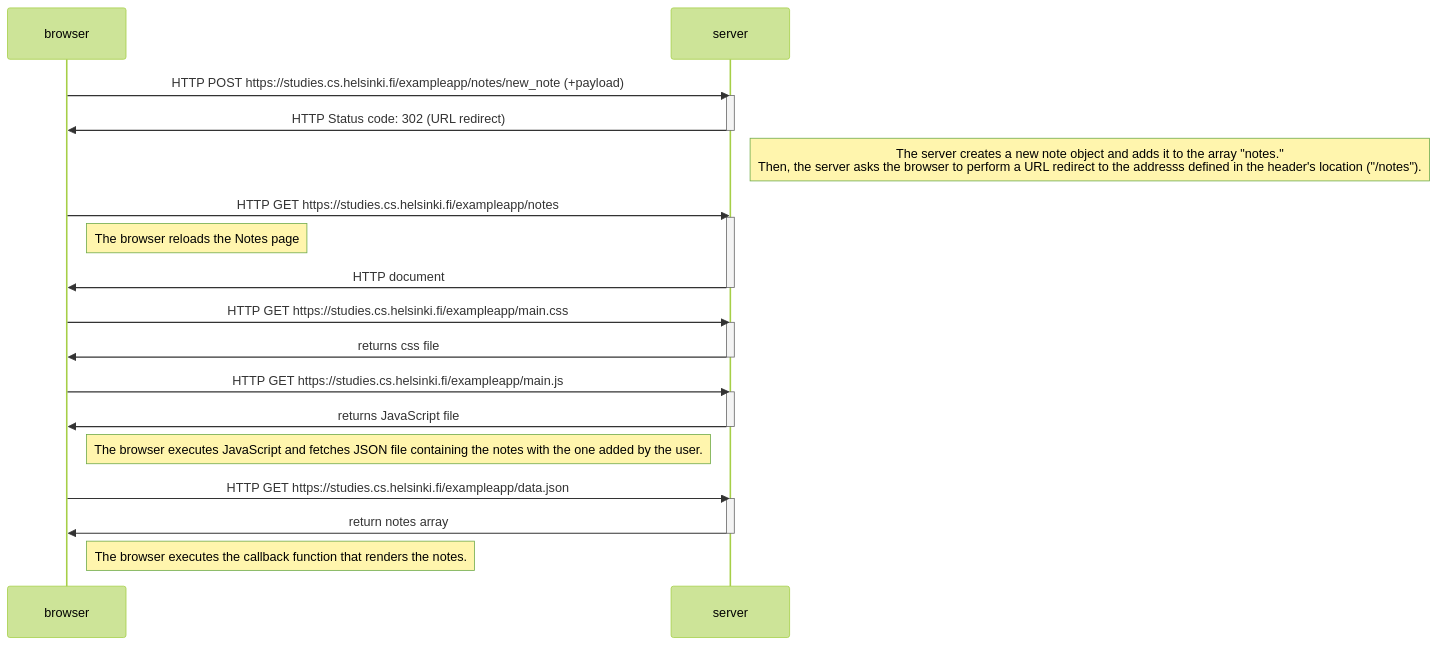
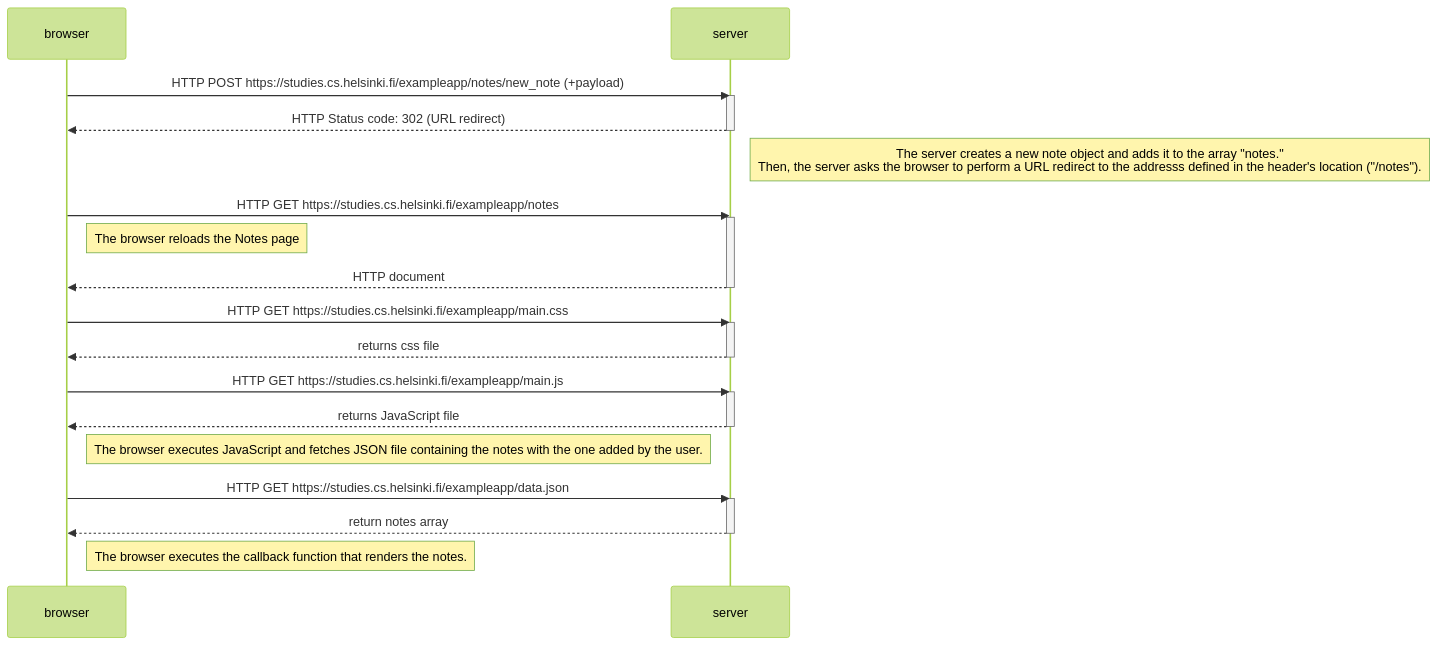
The diagram in part0/newnotediagram/diagram.md (AnaRuizS/Fullstack_open), drawn with Mermaid (forest theme) before and after one commit.

Commit message:
Changed line style of new note diagram

````diff
--- a/part0/newnotediagram/diagram.md
+++ b/part0/newnotediagram/diagram.md
@@ -3,40 +3,40 @@
 ```mermaid
 sequenceDiagram
     participant browser
     participant server
 
     browser->>server: HTTP POST https://studies.cs.helsinki.fi/exampleapp/notes/new_note (+payload)
     activate server
-    server->>browser: HTTP Status code: 302 (URL redirect)
+    server-->>browser: HTTP Status code: 302 (URL redirect)
     deactivate server
     
     Note right of server: The server creates a new note object and adds it to the array "notes." <br/> Then, the server asks the browser to perform a URL redirect to the addresss defined in the header's location ("/notes").
 
     browser->>server: HTTP GET https://studies.cs.helsinki.fi/exampleapp/notes
     activate server
 
     Note right of browser: The browser reloads the Notes page
 
-    server->>browser: HTTP document
+    server-->>browser: HTTP document
     deactivate server
 
     browser->>server: HTTP GET https://studies.cs.helsinki.fi/exampleapp/main.css
     activate server
-    server->>browser: returns css file
+    server-->>browser: returns css file
     deactivate server
 
     browser->>server: HTTP GET https://studies.cs.helsinki.fi/exampleapp/main.js
     activate server
-    server->>browser: returns JavaScript file
+    server-->>browser: returns JavaScript file
     deactivate server
 
     Note right of browser: The browser executes JavaScript and fetches JSON file containing the notes with the one added by the user.
 
     browser->>server: HTTP GET https://studies.cs.helsinki.fi/exampleapp/data.json
     activate server
-    server->>browser: return notes array
+    server-->>browser: return notes array
     deactivate server
 
     Note right of browser: The browser executes the callback function that renders the notes. 
 
 ```
````
